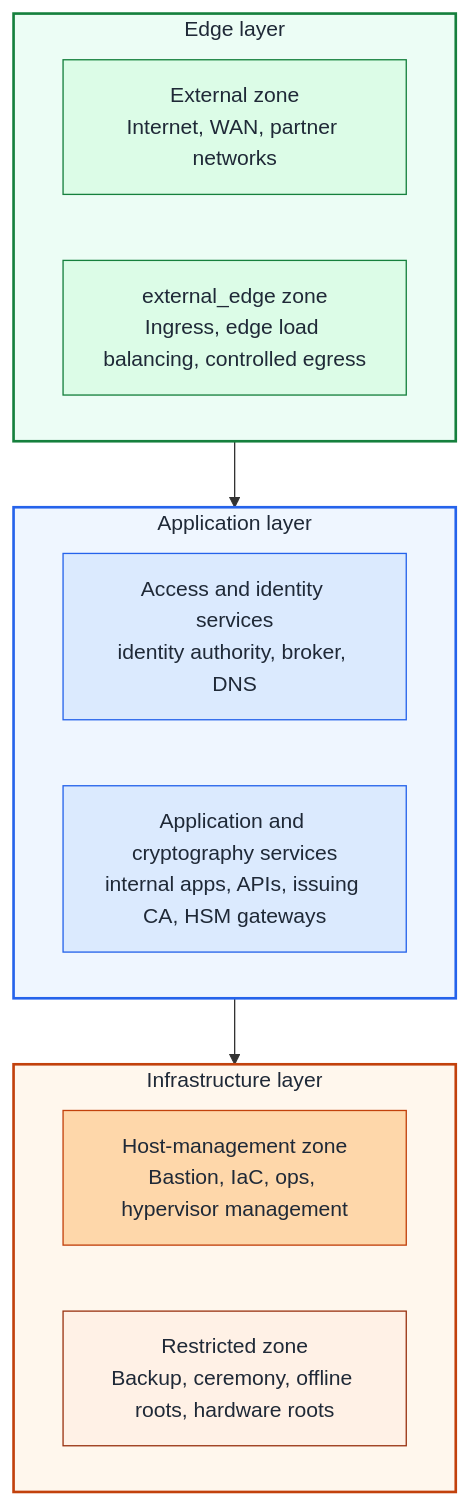
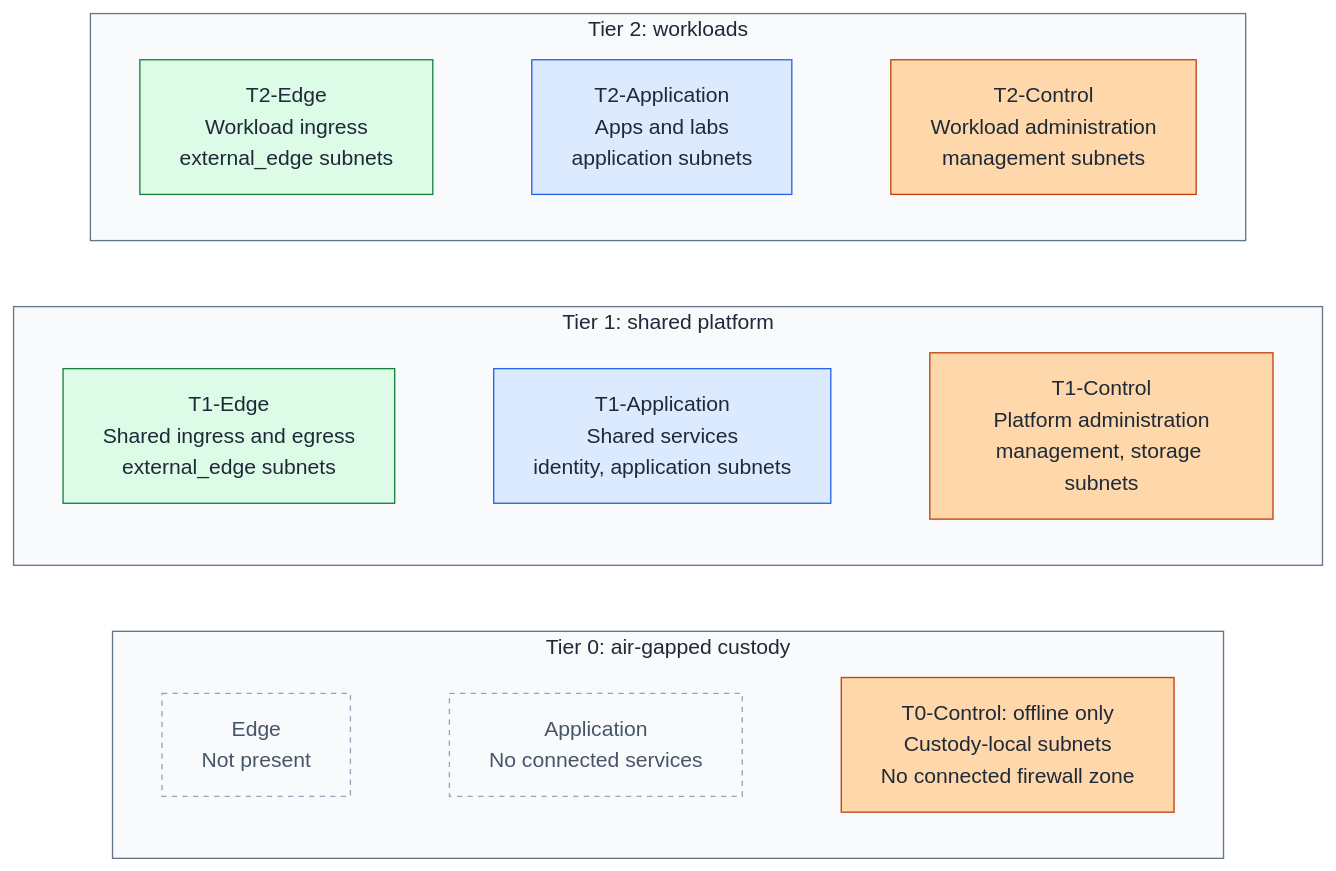
The third of 4 diagrams in docs/architecture/overview.md (Rexus/homelab), drawn with Mermaid before and after one commit. The commit also changed other lines of this file and 31 other files, not shown here.

````diff
--- a/docs/architecture/overview.md
+++ b/docs/architecture/overview.md
@@ -46,33 +118,40 @@
 ```mermaid
 flowchart TB
-  subgraph Edge["Edge layer"]
-    E1["External zone<br/>Internet, WAN, partner networks"]
-    E2["external_edge zone<br/>Ingress, edge load balancing, controlled egress"]
+  subgraph Tier2["Tier 2: workloads"]
+    direction LR
+    T2E["T2-Edge<br/>Workload ingress<br/>external_edge subnets"]
+    T2A["T2-Application<br/>Apps and labs<br/>application subnets"]
+    T2C["T2-Control<br/>Workload administration<br/>management subnets"]
+    T2E ~~~ T2A ~~~ T2C
   end
 
-  subgraph App["Application layer"]
-    A1["Access and identity services<br/>identity authority, broker, DNS"]
-    A2["Application and cryptography services<br/>internal apps, APIs, issuing CA, HSM gateways"]
+  subgraph Tier1["Tier 1: shared platform"]
+    direction LR
+    T1E["T1-Edge<br/>Shared ingress and egress<br/>external_edge subnets"]
+    T1A["T1-Application<br/>Shared services<br/>identity, application subnets"]
+    T1C["T1-Control<br/>Platform administration<br/>management, storage subnets"]
+    T1E ~~~ T1A ~~~ T1C
   end
 
-  subgraph Infra["Infrastructure layer"]
-    I1["Host-management zone<br/>Bastion, IaC, ops, hypervisor management"]
-    I2["Restricted zone<br/>Backup, ceremony, offline roots, hardware roots"]
+  subgraph Tier0["Tier 0: air-gapped custody"]
+    direction LR
+    T0E["Edge<br/>Not present"]
+    T0A["Application<br/>No connected services"]
+    T0C["T0-Control: offline only<br/>Custody-local subnets<br/>No connected firewall zone"]
+    T0E ~~~ T0A ~~~ T0C
   end
 
-  Edge --> App --> Infra
+  Tier2 ~~~ Tier1 ~~~ Tier0
 
-  style Edge fill:#ecfdf5,stroke:#15803d,stroke-width:2px,color:#1f2937
-  style App fill:#eff6ff,stroke:#2563eb,stroke-width:2px,color:#1f2937
-  style Infra fill:#fff7ed,stroke:#c2410c,stroke-width:2px,color:#1f2937
-
-  classDef edgeNode fill:#dcfce7,stroke:#15803d,color:#1f2937
-  classDef appNode fill:#dbeafe,stroke:#2563eb,color:#1f2937
-  classDef mgmtNode fill:#fed7aa,stroke:#c2410c,color:#1f2937
-  classDef restrictedNode fill:#fff1e6,stroke:#9a3412,color:#1f2937
-
-  class E1,E2 edgeNode
-  class A1,A2 appNode
-  class I1 mgmtNode
-  class I2 restrictedNode
+  classDef edge fill:#dcfce7,stroke:#15803d,color:#1f2937
+  classDef app fill:#dbeafe,stroke:#2563eb,color:#1f2937
+  classDef control fill:#fed7aa,stroke:#c2410c,color:#1f2937
+  classDef absent fill:#f8fafc,stroke:#94a3b8,stroke-dasharray:4 4,color:#475569
+  class T2E,T1E edge
+  class T2A,T1A app
+  class T2C,T1C,T0C control
+  class T0E,T0A absent
+  style Tier2 fill:#f8fafc,stroke:#64748b,color:#1f2937
+  style Tier1 fill:#f8fafc,stroke:#64748b,color:#1f2937
+  style Tier0 fill:#f8fafc,stroke:#64748b,color:#1f2937
 ```
````
